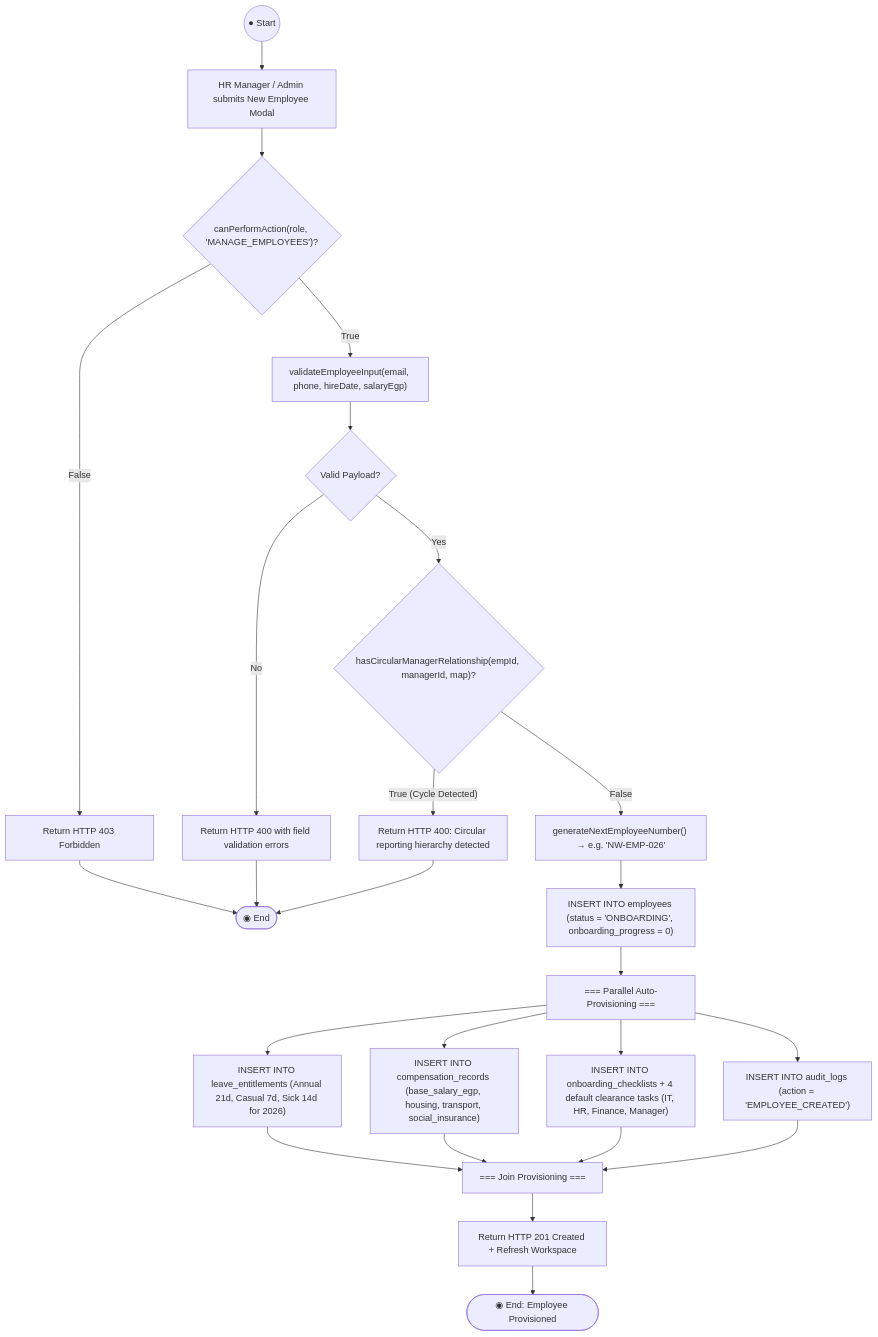
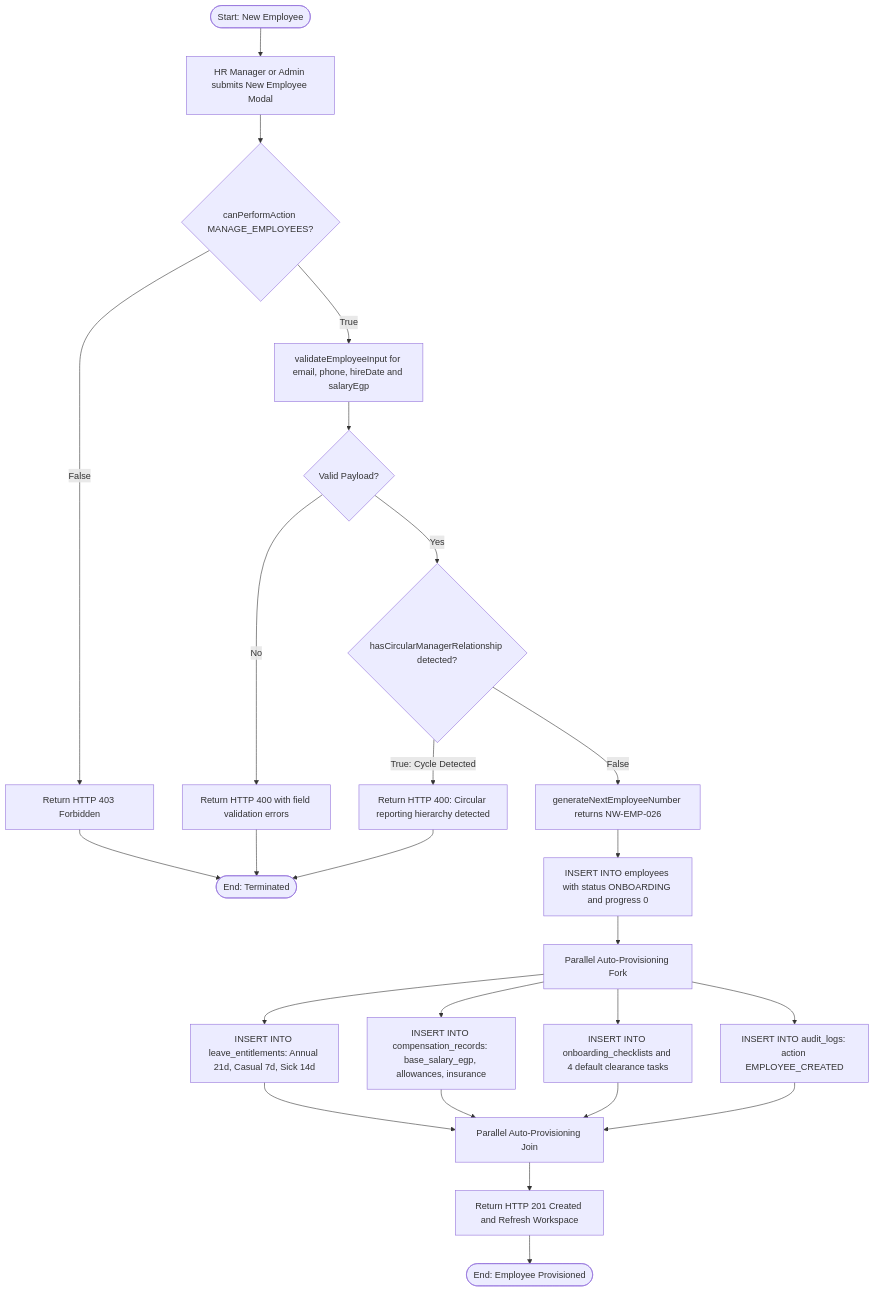
One commit to IbrahimAbdelsattar/employee-management-system changed the fourth of 15 diagrams in README.md. Above: the diagram before and after it, drawn with Mermaid. The commit also changed other lines of this file, not shown here.

First line of the commit message:
docs: update leave request flow diagram in README

````diff
--- a/README.md
+++ b/README.md
@@ -254,27 +254,27 @@
 ```mermaid
 flowchart TD
-    Start((● Start)) --> SubmitForm["HR Manager / Admin submits New Employee Modal"]
-    SubmitForm --> CheckRBAC{"canPerformAction(role, 'MANAGE_EMPLOYEES')?"}
+    StartNode(["Start: New Employee"]) --> SubmitForm["HR Manager or Admin submits New Employee Modal"]
+    SubmitForm --> CheckRBAC{"canPerformAction MANAGE_EMPLOYEES?"}
     CheckRBAC -- "False" --> Forbidden["Return HTTP 403 Forbidden"]
-    Forbidden --> EndFail([◉ End])
-    CheckRBAC -- "True" --> ValidateInput["validateEmployeeInput(email, phone, hireDate, salaryEgp)"]
+    Forbidden --> EndFail(["End: Terminated"])
+    CheckRBAC -- "True" --> ValidateInput["validateEmployeeInput for email, phone, hireDate and salaryEgp"]
     ValidateInput --> InputValid{"Valid Payload?"}
     InputValid -- "No" --> BadReq["Return HTTP 400 with field validation errors"]
     BadReq --> EndFail
-    InputValid -- "Yes" --> CheckCycle{"hasCircularManagerRelationship(empId, managerId, map)?"}
-    CheckCycle -- "True (Cycle Detected)" --> ErrCycle["Return HTTP 400: Circular reporting hierarchy detected"]
+    InputValid -- "Yes" --> CheckCycle{"hasCircularManagerRelationship detected?"}
+    CheckCycle -- "True: Cycle Detected" --> ErrCycle["Return HTTP 400: Circular reporting hierarchy detected"]
     ErrCycle --> EndFail
-    CheckCycle -- "False" --> GenCode["generateNextEmployeeNumber() → e.g. 'NW-EMP-026'"]
-    GenCode --> InsertEmp["INSERT INTO employees (status = 'ONBOARDING', onboarding_progress = 0)"]
-    InsertEmp --> ForkBar["=== Parallel Auto-Provisioning ==="]
-    ForkBar --> ProvLeave["INSERT INTO leave_entitlements (Annual 21d, Casual 7d, Sick 14d for 2026)"]
-    ForkBar --> ProvComp["INSERT INTO compensation_records (base_salary_egp, housing, transport, social_insurance)"]
-    ForkBar --> ProvOnboard["INSERT INTO onboarding_checklists + 4 default clearance tasks (IT, HR, Finance, Manager)"]
-    ForkBar --> ProvAudit["INSERT INTO audit_logs (action = 'EMPLOYEE_CREATED')"]
-    ProvLeave --> JoinBar["=== Join Provisioning ==="]
+    CheckCycle -- "False" --> GenCode["generateNextEmployeeNumber returns NW-EMP-026"]
+    GenCode --> InsertEmp["INSERT INTO employees with status ONBOARDING and progress 0"]
+    InsertEmp --> ForkBar["Parallel Auto-Provisioning Fork"]
+    ForkBar --> ProvLeave["INSERT INTO leave_entitlements: Annual 21d, Casual 7d, Sick 14d"]
+    ForkBar --> ProvComp["INSERT INTO compensation_records: base_salary_egp, allowances, insurance"]
+    ForkBar --> ProvOnboard["INSERT INTO onboarding_checklists and 4 default clearance tasks"]
+    ForkBar --> ProvAudit["INSERT INTO audit_logs: action EMPLOYEE_CREATED"]
+    ProvLeave --> JoinBar["Parallel Auto-Provisioning Join"]
     ProvComp --> JoinBar
     ProvOnboard --> JoinBar
     ProvAudit --> JoinBar
-    JoinBar --> Return201["Return HTTP 201 Created + Refresh Workspace"]
-    Return201 --> EndSuccess([◉ End: Employee Provisioned])
+    JoinBar --> Return201["Return HTTP 201 Created and Refresh Workspace"]
+    Return201 --> EndSuccess(["End: Employee Provisioned"])
 ```
````
